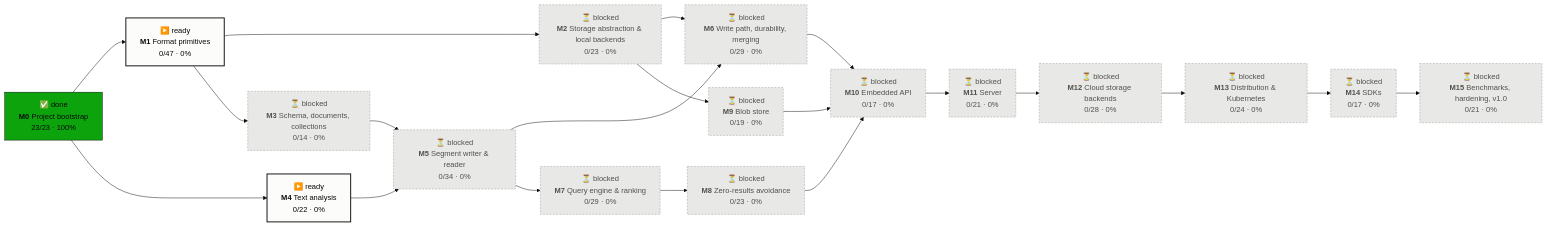
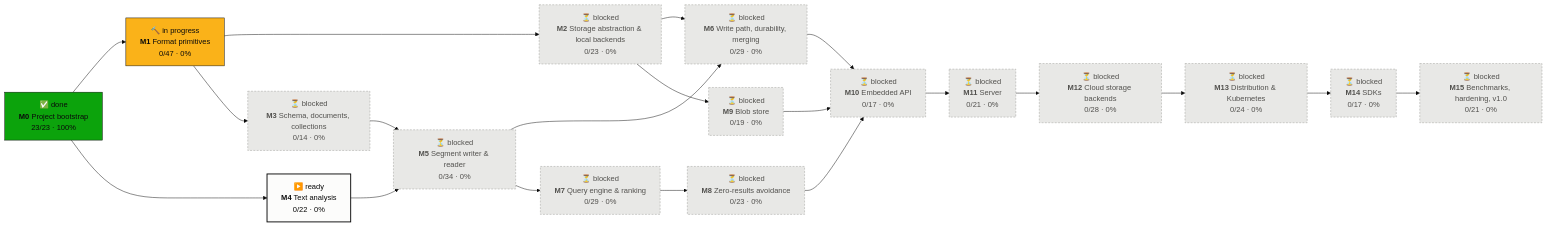
Before and after one commit to tomiok/persiaDB: the first of 2 diagrams in PROGRESS.md, drawn with Mermaid (base theme). The commit also changed other lines of this file and 7 other files, not shown here.

Commit message:
feat(format): bounds-checked little-endian Reader and Corrupt error (ROADMAP 1.1.1.1)

````diff
--- a/PROGRESS.md
+++ b/PROGRESS.md
@@ -14,42 +14,42 @@
 ```mermaid
 flowchart LR
   M0["✅ done<br/><b>M0</b> Project bootstrap<br/>23/23 · 100%"]:::done
-  M1["▶️ ready<br/><b>M1</b> Format primitives<br/>0/47 · 0%"]:::ready
+  M1["🔨 in progress<br/><b>M1</b> Format primitives<br/>0/47 · 0%"]:::doing
   M2["⏳ blocked<br/><b>M2</b> Storage abstraction & local backends<br/>0/23 · 0%"]:::blocked
   M3["⏳ blocked<br/><b>M3</b> Schema, documents, collections<br/>0/14 · 0%"]:::blocked
   M4["▶️ ready<br/><b>M4</b> Text analysis<br/>0/22 · 0%"]:::ready
   M5["⏳ blocked<br/><b>M5</b> Segment writer & reader<br/>0/34 · 0%"]:::blocked
   M6["⏳ blocked<br/><b>M6</b> Write path, durability, merging<br/>0/29 · 0%"]:::blocked
   M7["⏳ blocked<br/><b>M7</b> Query engine & ranking<br/>0/29 · 0%"]:::blocked
   M8["⏳ blocked<br/><b>M8</b> Zero-results avoidance<br/>0/23 · 0%"]:::blocked
   M9["⏳ blocked<br/><b>M9</b> Blob store<br/>0/19 · 0%"]:::blocked
   M10["⏳ blocked<br/><b>M10</b> Embedded API<br/>0/17 · 0%"]:::blocked
   M11["⏳ blocked<br/><b>M11</b> Server<br/>0/21 · 0%"]:::blocked
   M12["⏳ blocked<br/><b>M12</b> Cloud storage backends<br/>0/28 · 0%"]:::blocked
   M13["⏳ blocked<br/><b>M13</b> Distribution & Kubernetes<br/>0/24 · 0%"]:::blocked
   M14["⏳ blocked<br/><b>M14</b> SDKs<br/>0/17 · 0%"]:::blocked
   M15["⏳ blocked<br/><b>M15</b> Benchmarks, hardening, v1.0<br/>0/21 · 0%"]:::blocked
   M0 --> M1
   M1 --> M2
   M1 --> M3
   M0 --> M4
   M3 --> M5
   M4 --> M5
   M2 --> M6
   M5 --> M6
   M5 --> M7
   M7 --> M8
   M2 --> M9
   M6 --> M10
   M8 --> M10
   M9 --> M10
   M10 --> M11
   M11 --> M12
   M12 --> M13
   M13 --> M14
   M14 --> M15
   classDef done fill:#0ca30c,stroke:#0b0b0b,color:#0b0b0b
   classDef doing fill:#fab219,stroke:#0b0b0b,color:#0b0b0b
   classDef ready fill:#fcfcfb,stroke:#0b0b0b,stroke-width:2px,color:#0b0b0b
   classDef blocked fill:#e8e8e6,stroke:#9a9a96,stroke-dasharray:4 3,color:#52514e
 ```
````
